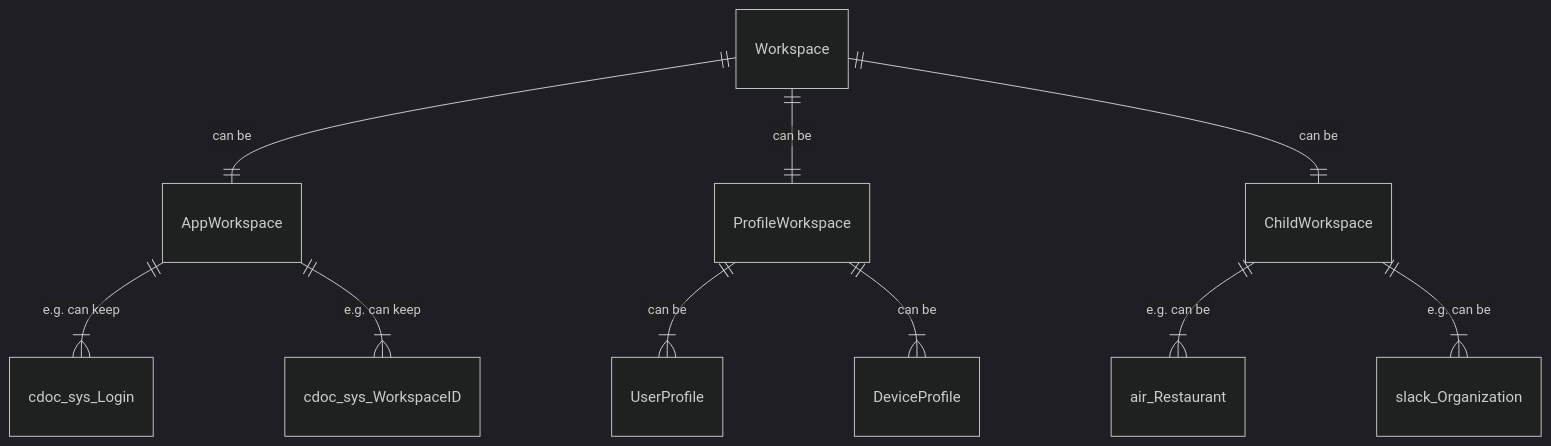
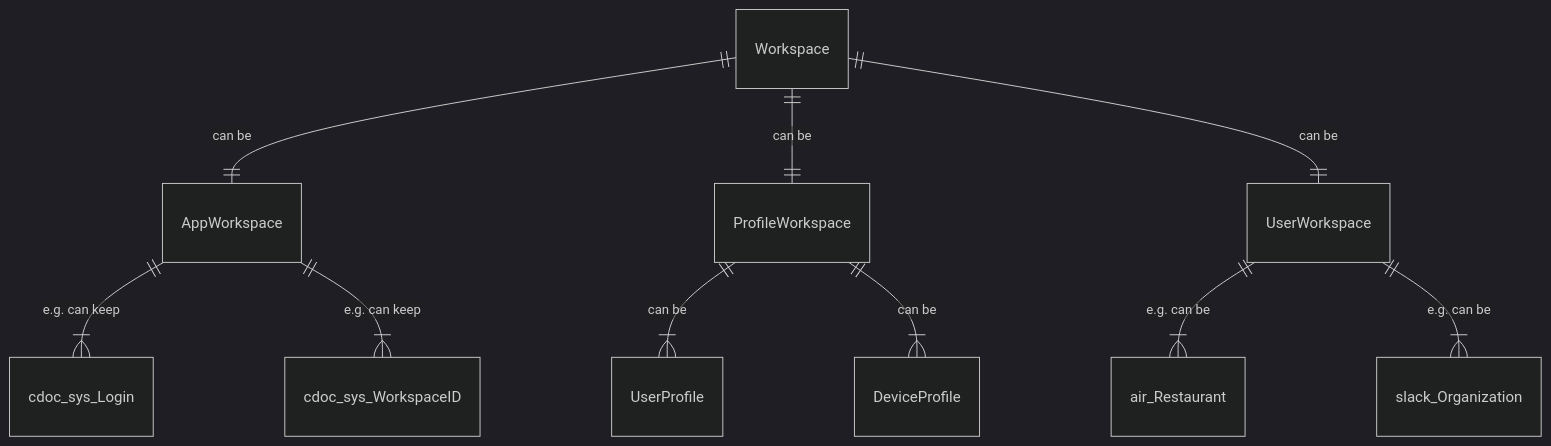
The first of 3 diagrams in server/workspaces/README.md (voedger/voedger-internals), drawn with Mermaid (dark theme) before and after one commit.

````diff
--- a/server/workspaces/README.md
+++ b/server/workspaces/README.md
@@ -31,15 +31,15 @@
 ```mermaid
 erDiagram
   Workspace||--|| AppWorkspace: "can be"
   Workspace||--|| ProfileWorkspace: "can be"
-  Workspace||--|| ChildWorkspace: "can be"
+  Workspace||--|| UserWorkspace: "can be"
 
   AppWorkspace ||--|{ cdoc_sys_Login: "e.g. can keep"
   AppWorkspace ||--|{ cdoc_sys_WorkspaceID: "e.g. can keep"
 
   ProfileWorkspace ||--|{ UserProfile: "can be"
   ProfileWorkspace ||--|{ DeviceProfile: "can be"
 
-  ChildWorkspace ||--|{ air_Restaurant: "e.g. can be"
-  ChildWorkspace ||--|{ slack_Organization: "e.g. can be"
+  UserWorkspace ||--|{ air_Restaurant: "e.g. can be"
+  UserWorkspace ||--|{ slack_Organization: "e.g. can be"
 ```
````
